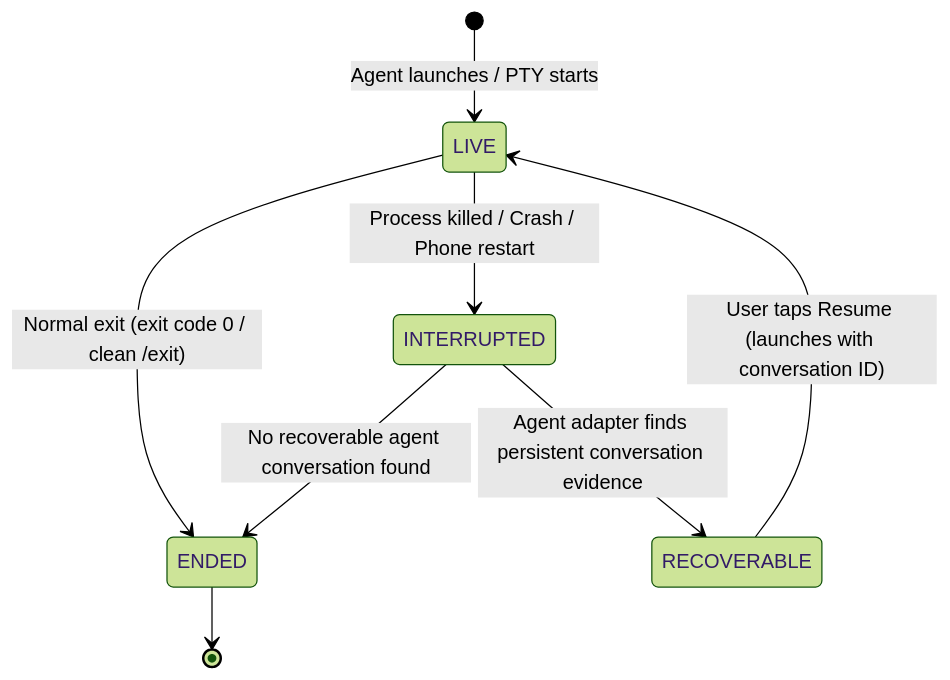
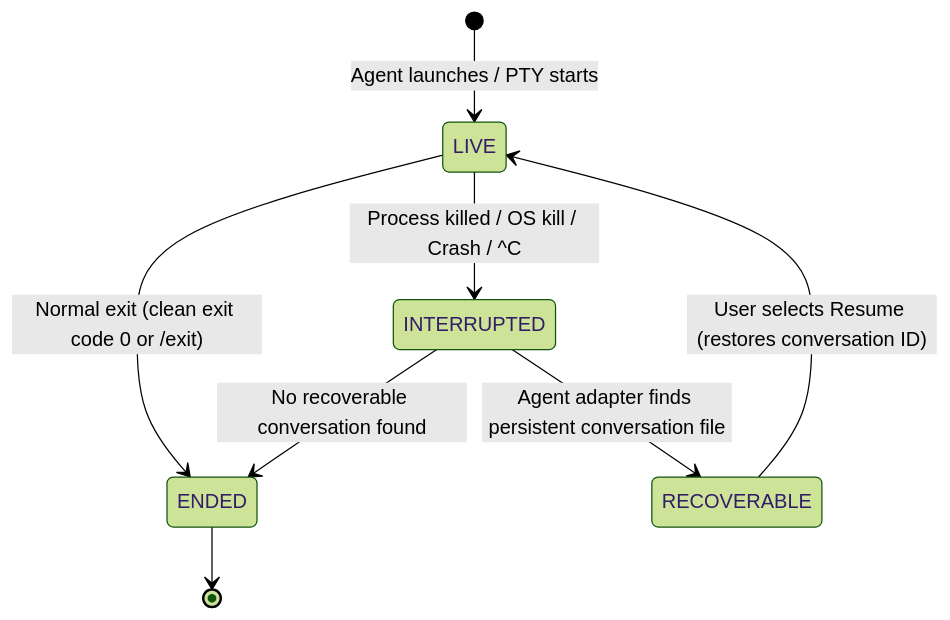
The diagram in docs/learn/02_session_lifecycle_and_truth.md (ShaileshRawat1403/verb), drawn with Mermaid (forest theme) before and after one commit. The commit also changed other lines of this file and 6 other files, not shown here.

Commit message:
docs(learn): refine educational guide series without emojis/em-dashes, adding open-source references and visual architecture diagrams

````diff
--- a/docs/learn/02_session_lifecycle_and_truth.md
+++ b/docs/learn/02_session_lifecycle_and_truth.md
@@ -20,10 +20,10 @@
 ```mermaid
 stateDiagram-v2
     [*] --> LIVE: Agent launches / PTY starts
-    LIVE --> ENDED: Normal exit (exit code 0 / clean /exit)
-    LIVE --> INTERRUPTED: Process killed / Crash / Phone restart
-    INTERRUPTED --> RECOVERABLE: Agent adapter finds persistent conversation evidence
-    INTERRUPTED --> ENDED: No recoverable agent conversation found
-    RECOVERABLE --> LIVE: User taps Resume (launches with conversation ID)
+    LIVE --> ENDED: Normal exit (clean exit code 0 or /exit)
+    LIVE --> INTERRUPTED: Process killed / OS kill / Crash / ^C
+    INTERRUPTED --> RECOVERABLE: Agent adapter finds persistent conversation file
+    INTERRUPTED --> ENDED: No recoverable conversation found
+    RECOVERABLE --> LIVE: User selects Resume (restores conversation ID)
     ENDED --> [*]
 ```
````
